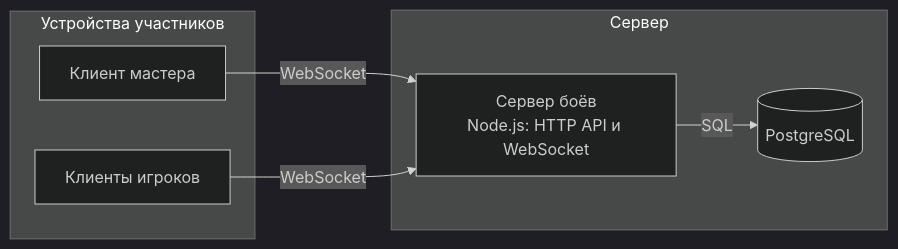
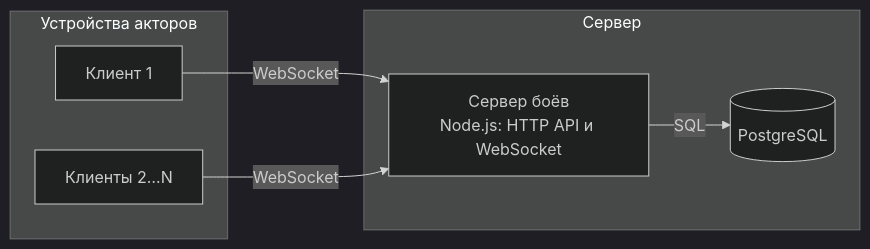
One commit to LinKav20/Heroes2dBattleGame changed the second of 2 diagrams in docs/architecture/06-deployment.md. Above: the diagram before and after it, drawn with Mermaid (dark theme). The commit also changed other lines of this file and 53 other files, not shown here.

````diff
--- a/docs/architecture/06-deployment.md
+++ b/docs/architecture/06-deployment.md
@@ -28,14 +30,14 @@
 ```mermaid
 flowchart LR
-  subgraph Clients["Устройства участников"]
-    GMW["Клиент мастера"]
-    PLW["Клиенты игроков"]
+  subgraph Clients["Устройства акторов"]
+    C1["Клиент 1"]
+    CN["Клиенты 2…N"]
   end
   subgraph Backend["Сервер"]
     API["Сервер боёв<br/>Node.js: HTTP API и WebSocket"]
     DB[("PostgreSQL")]
   end
-  GMW -- "WebSocket" --> API
-  PLW -- "WebSocket" --> API
+  C1 -- "WebSocket" --> API
+  CN -- "WebSocket" --> API
   API -- "SQL" --> DB
 ```
````
